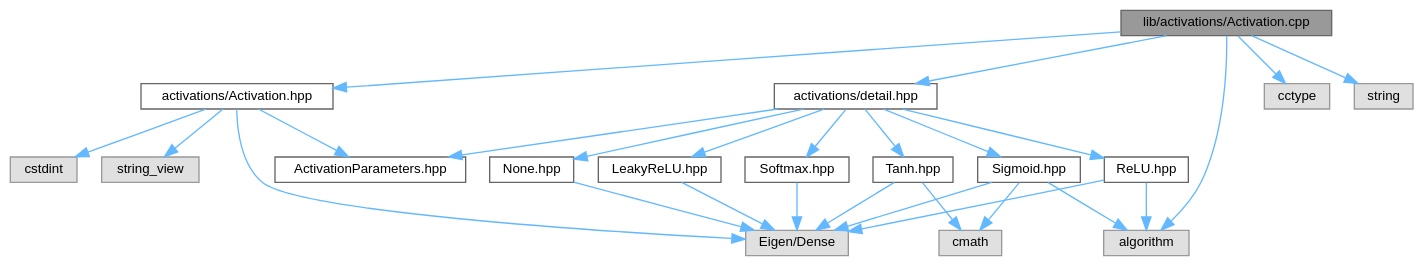
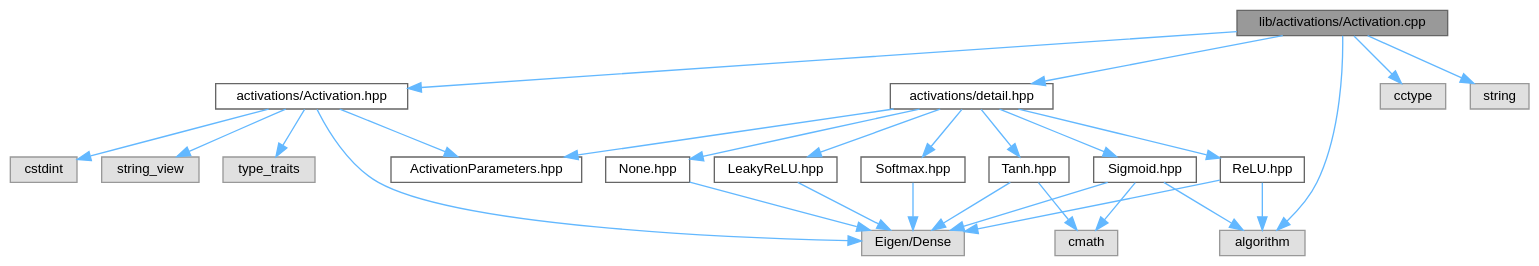
Before and after one commit to Nalin-Angrish/FlexNN: the diagram in Activation_8cpp__incl.dot, drawn with Graphviz. The commit also changed 153 other files, not shown here.

```diff
--- a/Activation_8cpp__incl.dot
+++ b/Activation_8cpp__incl.dot
@@ -1,50 +1,52 @@
 digraph "lib/activations/Activation.cpp"
 {
  // LATEX_PDF_SIZE
   bgcolor="transparent";
   edge [fontname=Helvetica,fontsize=10,labelfontname=Helvetica,labelfontsize=10];
   node [fontname=Helvetica,fontsize=10,shape=box,height=0.2,width=0.4];
   Node1 [id="Node000001",label="lib/activations/Activation.cpp",height=0.2,width=0.4,color="gray40", fillcolor="grey60", style="filled", fontcolor="black",tooltip="Implements FlexNN::Activations helpers (to_string, try_parse, dispatch)."];
   Node1 -> Node2 [id="edge1_Node000001_Node000002",color="steelblue1",style="solid",tooltip=" "];
   Node2 [id="Node000002",label="activations/Activation.hpp",height=0.2,width=0.4,color="grey40", fillcolor="white", style="filled",URL="$Activation_8hpp.html",tooltip="Public activation enum and helpers for FlexNN."];
   Node2 -> Node3 [id="edge2_Node000002_Node000003",color="steelblue1",style="solid",tooltip=" "];
   Node3 [id="Node000003",label="cstdint",height=0.2,width=0.4,color="grey60", fillcolor="#E0E0E0", style="filled",tooltip=" "];
   Node2 -> Node4 [id="edge3_Node000002_Node000004",color="steelblue1",style="solid",tooltip=" "];
   Node4 [id="Node000004",label="string_view",height=0.2,width=0.4,color="grey60", fillcolor="#E0E0E0", style="filled",tooltip=" "];
   Node2 -> Node5 [id="edge4_Node000002_Node000005",color="steelblue1",style="solid",tooltip=" "];
-  Node5 [id="Node000005",label="Eigen/Dense",height=0.2,width=0.4,color="grey60", fillcolor="#E0E0E0", style="filled",tooltip=" "];
+  Node5 [id="Node000005",label="type_traits",height=0.2,width=0.4,color="grey60", fillcolor="#E0E0E0", style="filled",tooltip=" "];
   Node2 -> Node6 [id="edge5_Node000002_Node000006",color="steelblue1",style="solid",tooltip=" "];
-  Node6 [id="Node000006",label="ActivationParameters.hpp",height=0.2,width=0.4,color="grey40", fillcolor="white", style="filled",URL="$ActivationParameters_8hpp.html",tooltip="Per-activation hyperparameters for FlexNN::Activations."];
-  Node1 -> Node7 [id="edge6_Node000001_Node000007",color="steelblue1",style="solid",tooltip=" "];
-  Node7 [id="Node000007",label="algorithm",height=0.2,width=0.4,color="grey60", fillcolor="#E0E0E0", style="filled",tooltip=" "];
+  Node6 [id="Node000006",label="Eigen/Dense",height=0.2,width=0.4,color="grey60", fillcolor="#E0E0E0", style="filled",tooltip=" "];
+  Node2 -> Node7 [id="edge6_Node000002_Node000007",color="steelblue1",style="solid",tooltip=" "];
+  Node7 [id="Node000007",label="ActivationParameters.hpp",height=0.2,width=0.4,color="grey40", fillcolor="white", style="filled",URL="$ActivationParameters_8hpp.html",tooltip="Per-activation hyperparameters for FlexNN::Activations."];
   Node1 -> Node8 [id="edge7_Node000001_Node000008",color="steelblue1",style="solid",tooltip=" "];
-  Node8 [id="Node000008",label="cctype",height=0.2,width=0.4,color="grey60", fillcolor="#E0E0E0", style="filled",tooltip=" "];
+  Node8 [id="Node000008",label="algorithm",height=0.2,width=0.4,color="grey60", fillcolor="#E0E0E0", style="filled",tooltip=" "];
   Node1 -> Node9 [id="edge8_Node000001_Node000009",color="steelblue1",style="solid",tooltip=" "];
-  Node9 [id="Node000009",label="string",height=0.2,width=0.4,color="grey60", fillcolor="#E0E0E0", style="filled",tooltip=" "];
+  Node9 [id="Node000009",label="cctype",height=0.2,width=0.4,color="grey60", fillcolor="#E0E0E0", style="filled",tooltip=" "];
   Node1 -> Node10 [id="edge9_Node000001_Node000010",color="steelblue1",style="solid",tooltip=" "];
-  Node10 [id="Node000010",label="activations/detail.hpp",height=0.2,width=0.4,color="grey40", fillcolor="white", style="filled",URL="$detail_8hpp.html",tooltip="Convenience re-export for activation detail headers."];
-  Node10 -> Node6 [id="edge10_Node000010_Node000006",color="steelblue1",style="solid",tooltip=" "];
-  Node10 -> Node11 [id="edge11_Node000010_Node000011",color="steelblue1",style="solid",tooltip=" "];
-  Node11 [id="Node000011",label="None.hpp",height=0.2,width=0.4,color="grey40", fillcolor="white", style="filled",URL="$None_8hpp.html",tooltip="Linear (no) activation — identity forward/backward."];
-  Node11 -> Node5 [id="edge12_Node000011_Node000005",color="steelblue1",style="solid",tooltip=" "];
-  Node10 -> Node12 [id="edge13_Node000010_Node000012",color="steelblue1",style="solid",tooltip=" "];
-  Node12 [id="Node000012",label="ReLU.hpp",height=0.2,width=0.4,color="grey40", fillcolor="white", style="filled",URL="$ReLU_8hpp.html",tooltip="ReLU activation — max(0, z) forward, (z>0) backward."];
-  Node12 -> Node7 [id="edge14_Node000012_Node000007",color="steelblue1",style="solid",tooltip=" "];
-  Node12 -> Node5 [id="edge15_Node000012_Node000005",color="steelblue1",style="solid",tooltip=" "];
-  Node10 -> Node13 [id="edge16_Node000010_Node000013",color="steelblue1",style="solid",tooltip=" "];
-  Node13 [id="Node000013",label="LeakyReLU.hpp",height=0.2,width=0.4,color="grey40", fillcolor="white", style="filled",URL="$LeakyReLU_8hpp.html",tooltip="Leaky ReLU with configurable alpha (default 0.01)."];
-  Node13 -> Node5 [id="edge17_Node000013_Node000005",color="steelblue1",style="solid",tooltip=" "];
-  Node10 -> Node14 [id="edge18_Node000010_Node000014",color="steelblue1",style="solid",tooltip=" "];
-  Node14 [id="Node000014",label="Sigmoid.hpp",height=0.2,width=0.4,color="grey40", fillcolor="white", style="filled",URL="$Sigmoid_8hpp.html",tooltip="Sigmoid activation — 1/(1+exp(-Z)) with clamping."];
-  Node14 -> Node7 [id="edge19_Node000014_Node000007",color="steelblue1",style="solid",tooltip=" "];
-  Node14 -> Node5 [id="edge20_Node000014_Node000005",color="steelblue1",style="solid",tooltip=" "];
-  Node14 -> Node15 [id="edge21_Node000014_Node000015",color="steelblue1",style="solid",tooltip=" "];
-  Node15 [id="Node000015",label="cmath",height=0.2,width=0.4,color="grey60", fillcolor="#E0E0E0", style="filled",tooltip=" "];
-  Node10 -> Node16 [id="edge22_Node000010_Node000016",color="steelblue1",style="solid",tooltip=" "];
-  Node16 [id="Node000016",label="Tanh.hpp",height=0.2,width=0.4,color="grey40", fillcolor="white", style="filled",URL="$Tanh_8hpp.html",tooltip="Tanh activation — std::tanh forward, (1-A^2) backward."];
-  Node16 -> Node5 [id="edge23_Node000016_Node000005",color="steelblue1",style="solid",tooltip=" "];
-  Node16 -> Node15 [id="edge24_Node000016_Node000015",color="steelblue1",style="solid",tooltip=" "];
-  Node10 -> Node17 [id="edge25_Node000010_Node000017",color="steelblue1",style="solid",tooltip=" "];
-  Node17 [id="Node000017",label="Softmax.hpp",height=0.2,width=0.4,color="grey40", fillcolor="white", style="filled",URL="$Softmax_8hpp.html",tooltip="Stable column-wise softmax."];
-  Node17 -> Node5 [id="edge26_Node000017_Node000005",color="steelblue1",style="solid",tooltip=" "];
+  Node10 [id="Node000010",label="string",height=0.2,width=0.4,color="grey60", fillcolor="#E0E0E0", style="filled",tooltip=" "];
+  Node1 -> Node11 [id="edge10_Node000001_Node000011",color="steelblue1",style="solid",tooltip=" "];
+  Node11 [id="Node000011",label="activations/detail.hpp",height=0.2,width=0.4,color="grey40", fillcolor="white", style="filled",URL="$detail_8hpp.html",tooltip="Convenience re-export for activation detail headers."];
+  Node11 -> Node7 [id="edge11_Node000011_Node000007",color="steelblue1",style="solid",tooltip=" "];
+  Node11 -> Node12 [id="edge12_Node000011_Node000012",color="steelblue1",style="solid",tooltip=" "];
+  Node12 [id="Node000012",label="None.hpp",height=0.2,width=0.4,color="grey40", fillcolor="white", style="filled",URL="$None_8hpp.html",tooltip="Linear (no) activation — identity forward/backward."];
+  Node12 -> Node6 [id="edge13_Node000012_Node000006",color="steelblue1",style="solid",tooltip=" "];
+  Node11 -> Node13 [id="edge14_Node000011_Node000013",color="steelblue1",style="solid",tooltip=" "];
+  Node13 [id="Node000013",label="ReLU.hpp",height=0.2,width=0.4,color="grey40", fillcolor="white", style="filled",URL="$ReLU_8hpp.html",tooltip="ReLU activation — max(0, z) forward, (z>0) backward."];
+  Node13 -> Node8 [id="edge15_Node000013_Node000008",color="steelblue1",style="solid",tooltip=" "];
+  Node13 -> Node6 [id="edge16_Node000013_Node000006",color="steelblue1",style="solid",tooltip=" "];
+  Node11 -> Node14 [id="edge17_Node000011_Node000014",color="steelblue1",style="solid",tooltip=" "];
+  Node14 [id="Node000014",label="LeakyReLU.hpp",height=0.2,width=0.4,color="grey40", fillcolor="white", style="filled",URL="$LeakyReLU_8hpp.html",tooltip="Leaky ReLU with configurable alpha (default 0.01)."];
+  Node14 -> Node6 [id="edge18_Node000014_Node000006",color="steelblue1",style="solid",tooltip=" "];
+  Node11 -> Node15 [id="edge19_Node000011_Node000015",color="steelblue1",style="solid",tooltip=" "];
+  Node15 [id="Node000015",label="Sigmoid.hpp",height=0.2,width=0.4,color="grey40", fillcolor="white", style="filled",URL="$Sigmoid_8hpp.html",tooltip="Sigmoid activation — 1/(1+exp(-Z)) with clamping."];
+  Node15 -> Node8 [id="edge20_Node000015_Node000008",color="steelblue1",style="solid",tooltip=" "];
+  Node15 -> Node6 [id="edge21_Node000015_Node000006",color="steelblue1",style="solid",tooltip=" "];
+  Node15 -> Node16 [id="edge22_Node000015_Node000016",color="steelblue1",style="solid",tooltip=" "];
+  Node16 [id="Node000016",label="cmath",height=0.2,width=0.4,color="grey60", fillcolor="#E0E0E0", style="filled",tooltip=" "];
+  Node11 -> Node17 [id="edge23_Node000011_Node000017",color="steelblue1",style="solid",tooltip=" "];
+  Node17 [id="Node000017",label="Tanh.hpp",height=0.2,width=0.4,color="grey40", fillcolor="white", style="filled",URL="$Tanh_8hpp.html",tooltip="Tanh activation — std::tanh forward, (1-A^2) backward."];
+  Node17 -> Node6 [id="edge24_Node000017_Node000006",color="steelblue1",style="solid",tooltip=" "];
+  Node17 -> Node16 [id="edge25_Node000017_Node000016",color="steelblue1",style="solid",tooltip=" "];
+  Node11 -> Node18 [id="edge26_Node000011_Node000018",color="steelblue1",style="solid",tooltip=" "];
+  Node18 [id="Node000018",label="Softmax.hpp",height=0.2,width=0.4,color="grey40", fillcolor="white", style="filled",URL="$Softmax_8hpp.html",tooltip="Stable column-wise softmax."];
+  Node18 -> Node6 [id="edge27_Node000018_Node000006",color="steelblue1",style="solid",tooltip=" "];
 }
```
